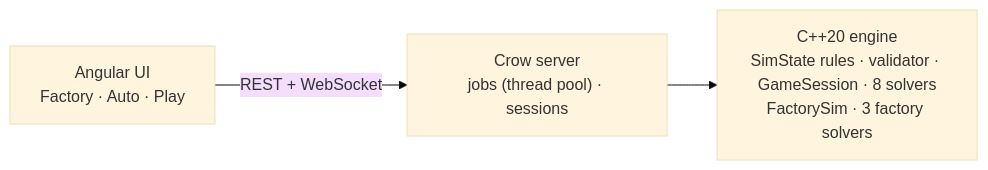
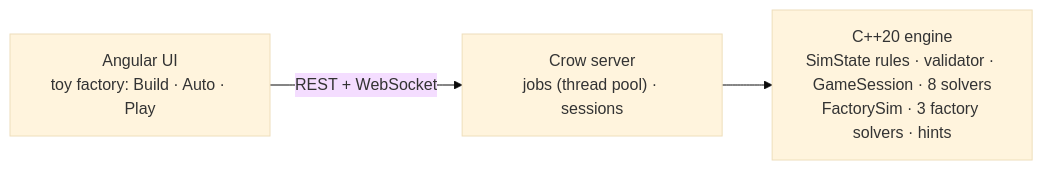
One commit to XuanGiaHanNguyen/ProcessEngine changed the diagram in README.md. Above: the diagram before and after it, drawn with Mermaid (base theme). The commit also changed other lines of this file and 79 other files, not shown here.

First line of the commit message:
F9: Bigger factory, curved belts in their own lanes, Auto and Play inside the factory

````diff
--- a/README.md
+++ b/README.md
@@ -110,5 +109,5 @@
 ```mermaid
 flowchart LR
-  UI["Angular UI<br/>Factory · Auto · Play"] -- "REST + WebSocket" --> S["Crow server<br/>jobs (thread pool) · sessions"]
-  S --> E["C++20 engine<br/>SimState rules · validator · GameSession · 8 solvers<br/>FactorySim · 3 factory solvers"]
+  UI["Angular UI<br/>toy factory: Build · Auto · Play"] -- "REST + WebSocket" --> S["Crow server<br/>jobs (thread pool) · sessions"]
+  S --> E["C++20 engine<br/>SimState rules · validator · GameSession · 8 solvers<br/>FactorySim · 3 factory solvers · hints"]
 ```
````
